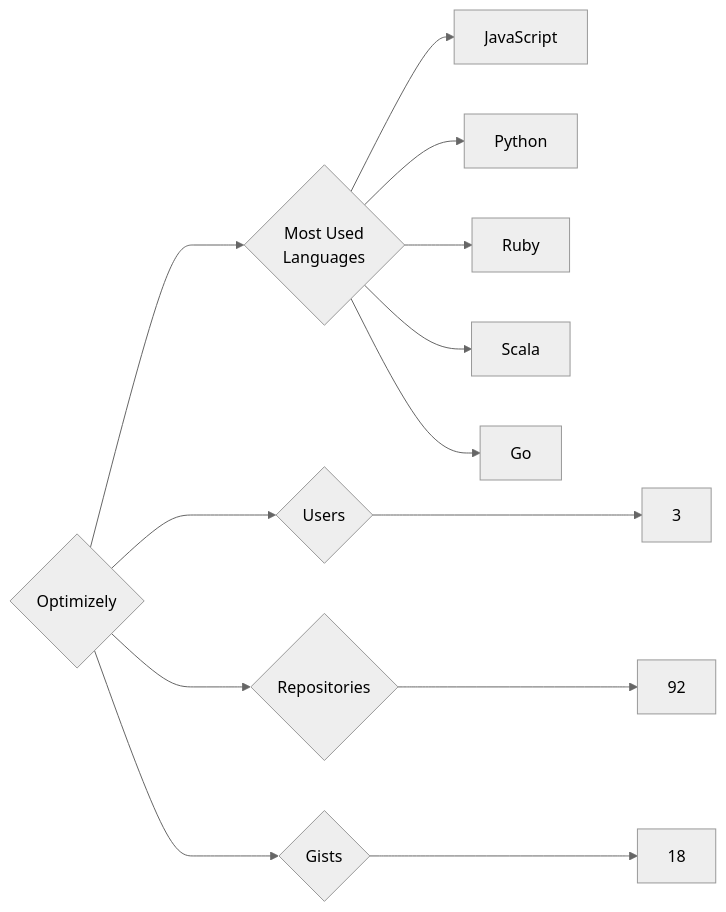
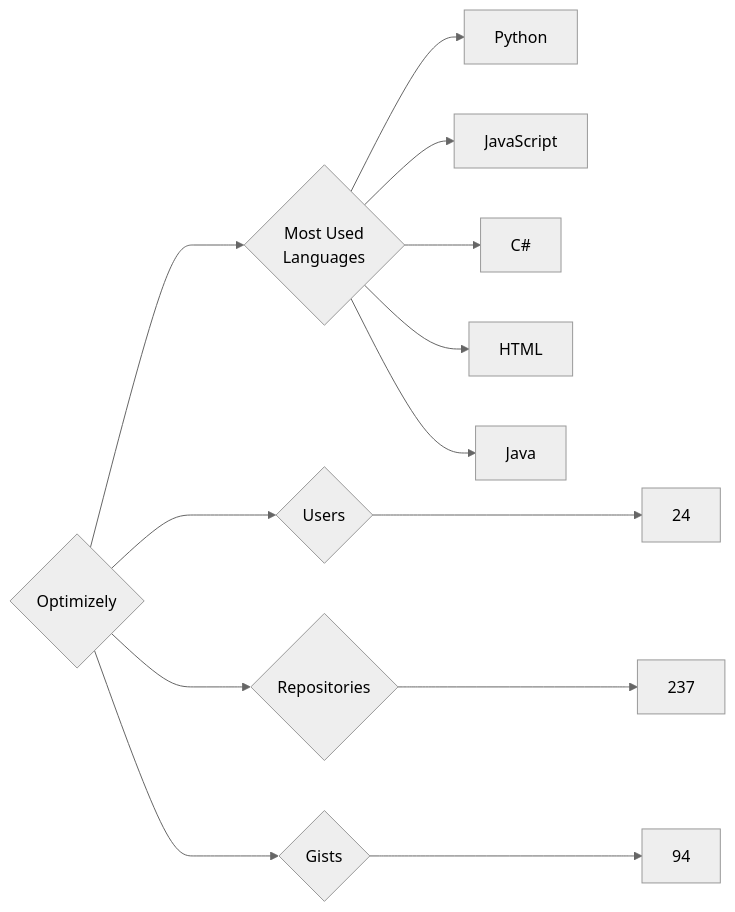
Before and after one commit to trickest/insiders: the diagram in targets/Optimizely/README.md, drawn with Mermaid (neutral theme). The commit also changed 964 other files, not shown here.

````diff
--- a/targets/Optimizely/README.md
+++ b/targets/Optimizely/README.md
@@ -3,13 +3,13 @@
 ```mermaid
 graph LR
 COMPANY_NAME{Optimizely}
-COMPANY_NAME ---> U{Users} ---> UN[3]
-COMPANY_NAME ---> R{Repositories} ---> RN[92]
-COMPANY_NAME ---> G{Gists} ---> GN[18]
+COMPANY_NAME ---> U{Users} ---> UN[24]
+COMPANY_NAME ---> R{Repositories} ---> RN[237]
+COMPANY_NAME ---> G{Gists} ---> GN[94]
 COMPANY_NAME ---> ML{Most Used<br>Languages}
+ML --> Python[Python]
 ML --> JavaScript[JavaScript]
-ML --> Python[Python]
-ML --> Ruby[Ruby]
-ML --> Scala[Scala]
-ML --> Go[Go]
+ML --> C#[C#]
+ML --> HTML[HTML]
+ML --> Java[Java]
 ```
````
